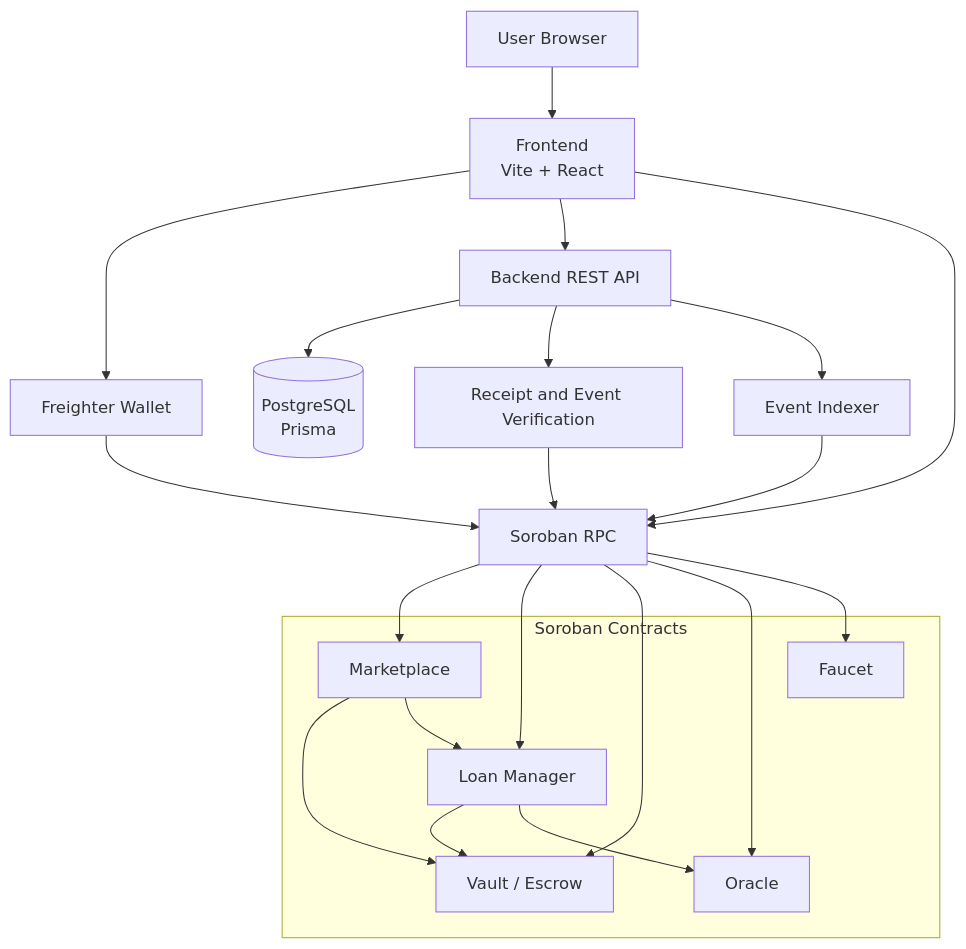
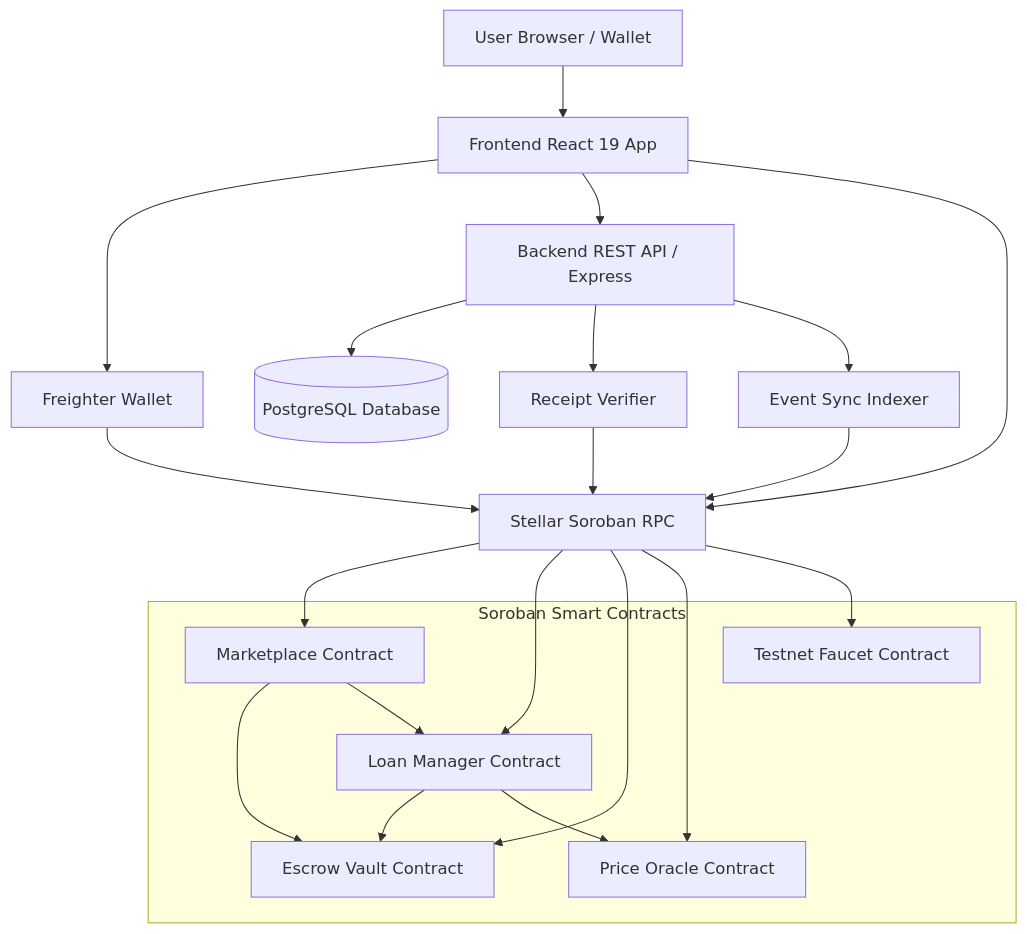
The diagram in README.md (TheAnh1404/NexusLending), drawn with Mermaid before and after one commit. The commit also changed other lines of this file and 2 other files, not shown here.

````diff
--- a/README.md
+++ b/README.md
@@ -43,31 +110,34 @@
 ```mermaid
 graph TB
-    User[User Browser] --> FE[Frontend<br/>Vite + React]
+    User[User Browser / Wallet] --> FE[Frontend React 19 App]
     FE --> Wallet[Freighter Wallet]
-    FE --> API[Backend REST API]
-    FE --> RPC[Soroban RPC]
-    API --> DB[(PostgreSQL<br/>Prisma)]
-    API --> Verifier[Receipt and Event Verification]
-    API --> Indexer[Event Indexer]
+    FE --> API[Backend REST API / Express]
+    FE --> RPC[Stellar Soroban RPC]
+    
+    API --> DB[(PostgreSQL Database)]
+    API --> Verifier[Receipt Verifier]
+    API --> Indexer[Event Sync Indexer]
+    
     Indexer --> RPC
     Verifier --> RPC
     Wallet --> RPC
 
-    subgraph Soroban Contracts
-      Marketplace[Marketplace]
-      LoanManager[Loan Manager]
-      Vault[Vault / Escrow]
-      Oracle[Oracle]
-      Faucet[Faucet]
+    subgraph Soroban Smart Contracts
+      Marketplace[Marketplace Contract]
+      LoanManager[Loan Manager Contract]
+      Vault[Escrow Vault Contract]
+      Oracle[Price Oracle Contract]
+      Faucet[Testnet Faucet Contract]
     end
 
     RPC --> Marketplace
     RPC --> LoanManager
     RPC --> Vault
     RPC --> Oracle
     RPC --> Faucet
+
     Marketplace --> Vault
     Marketplace --> LoanManager
     LoanManager --> Vault
     LoanManager --> Oracle
 ```
````
